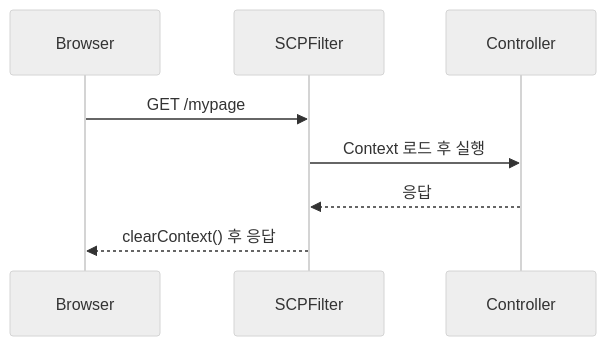
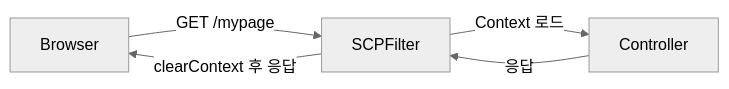
One commit to yjkim2015/yjkim2015.github.io changed the fourth of 5 diagrams in _posts/security/2021-05-26-SecurityContextPersistentFilter.md. Above: the diagram before and after it, drawn with Mermaid (neutral theme). The commit also changed other lines of this file and 163 other files, not shown here.

First line of the commit message:
Mermaid 300개 블록 내용 축소: 5노드 5엣지 이하, 의미 있는 약어

````diff
--- a/_posts/security/2021-05-26-SecurityContextPersistentFilter.md
+++ b/_posts/security/2021-05-26-SecurityContextPersistentFilter.md
@@ -64,10 +58,7 @@
 ```mermaid
-sequenceDiagram
-    participant B as Browser
-    participant SCPF as SCPFilter
-    participant CTRL as Controller
-    B->>SCPF: GET /mypage
-    SCPF->>CTRL: Context 로드 후 실행
-    CTRL-->>SCPF: 응답
-    SCPF-->>B: clearContext() 후 응답
+graph LR
+    B["Browser"] -->|GET /mypage| SCPF["SCPFilter"]
+    SCPF -->|Context 로드| CTRL["Controller"]
+    CTRL -->|응답| SCPF
+    SCPF -->|clearContext 후 응답| B
 ```
````
